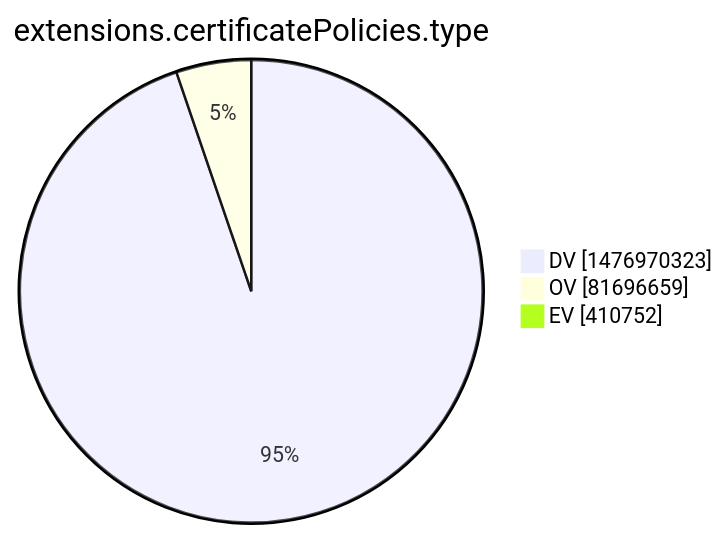
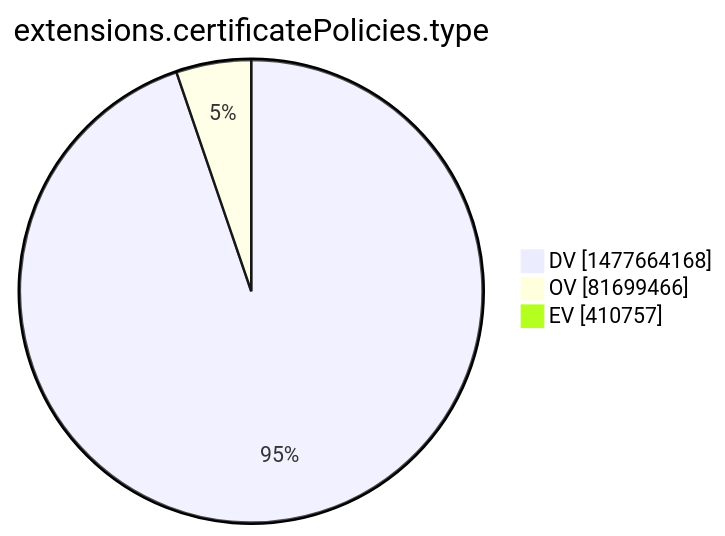
One commit to christiankrug/ctmonitor_visualization changed the tenth of 15 diagrams in xenon2022/README.md. Above: the diagram before and after it, drawn with Mermaid. The commit also changed other lines of this file, not shown here.

````diff
--- a/xenon2022/README.md
+++ b/xenon2022/README.md
@@ -2873,7 +2873,7 @@
 ```mermaid
 pie showData
 title extensions.certificatePolicies.type
-"DV" :1476970323
-"OV" :81696659
-"EV" :410752
+"DV" :1477664168
+"OV" :81699466
+"EV" :410757
 ```
````
